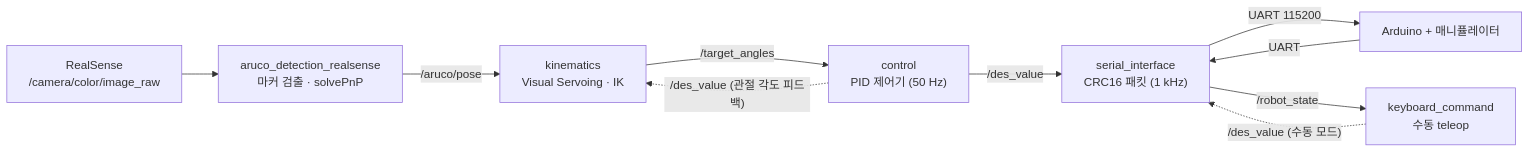
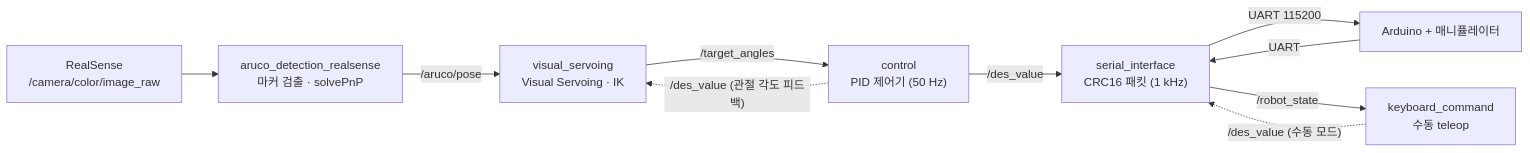
One commit to GUKKANG/robotprogramming changed the diagram in README.md. Above: the diagram before and after it, drawn with Mermaid. The commit also changed other lines of this file and 12 other files, not shown here.

````diff
--- a/README.md
+++ b/README.md
@@ -24,20 +24,20 @@
 ```mermaid
 flowchart LR
     RS["RealSense<br/>/camera/color/image_raw"]
     AD["aruco_detection_realsense<br/>마커 검출 · solvePnP"]
-    VS["kinematics<br/>Visual Servoing · IK"]
+    VS["visual_servoing<br/>Visual Servoing · IK"]
     CT["control<br/>PID 제어기 (50 Hz)"]
     SI["serial_interface<br/>CRC16 패킷 (1 kHz)"]
     HW["Arduino + 매니퓰레이터"]
     KB["keyboard_command<br/>수동 teleop"]
 
     RS --> AD
     AD -->|"/aruco/pose"| VS
     VS -->|"/target_angles"| CT
     CT -->|"/des_value"| SI
     SI -->|"UART 115200"| HW
     HW -->|"UART"| SI
     SI -->|"/robot_state"| KB
     KB -.->|"/des_value (수동 모드)"| SI
     CT -.->|"/des_value (관절 각도 피드백)"| VS
 ```
````
